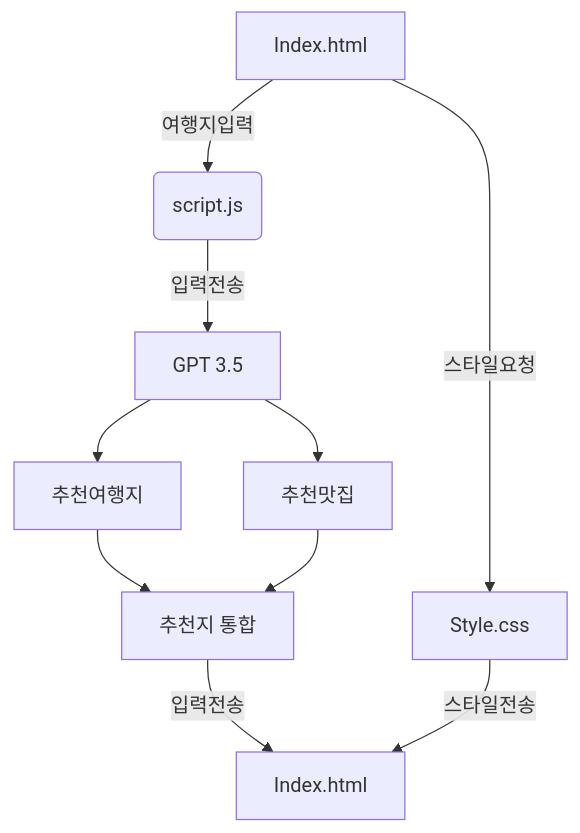
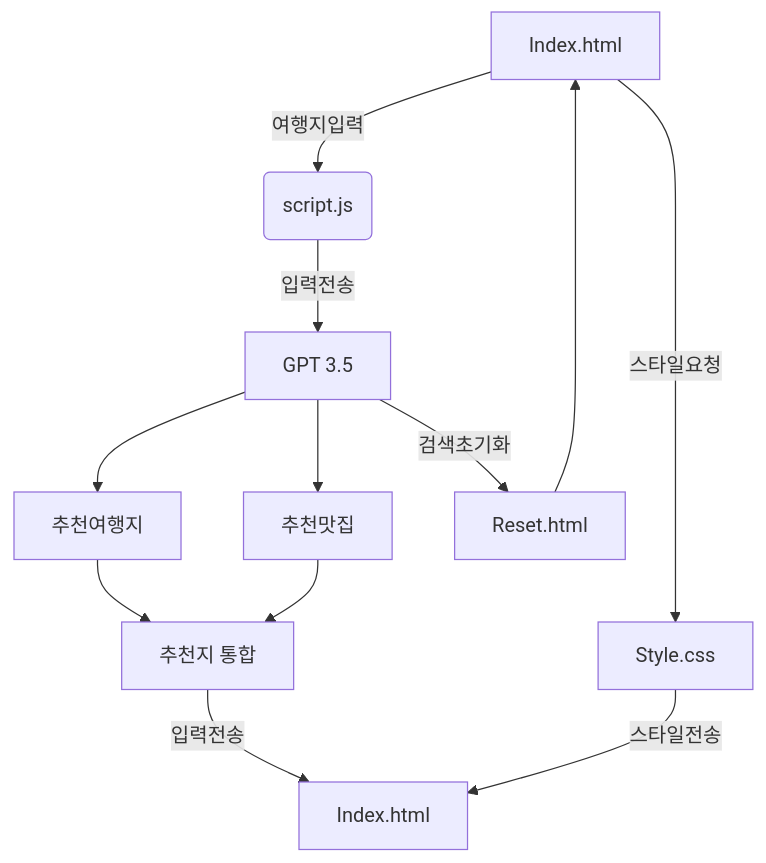
One commit to Junha9694/GPT_-travel_repoProject1 changed the first of 2 diagrams in README.md. Above: the diagram before and after it, drawn with Mermaid.

````diff
--- a/README.md
+++ b/README.md
@@ -32,12 +32,14 @@
 ```mermaid
 flowchart TD
     A[Index.html] -->|여행지입력| B(script.js)
     A -->|스타일요청| D[Style.css]
     B -->|입력전송| C[GPT 3.5]
     C --> E[추천여행지]
     C --> F[추천맛집]
     E --> G[추천지 통합]
     F --> G
     G -->|입력전송| H[Index.html]
     D -->|스타일전송| H
+    C -->|검색초기화| I[Reset.html]
+    I -->A
 ```
````
